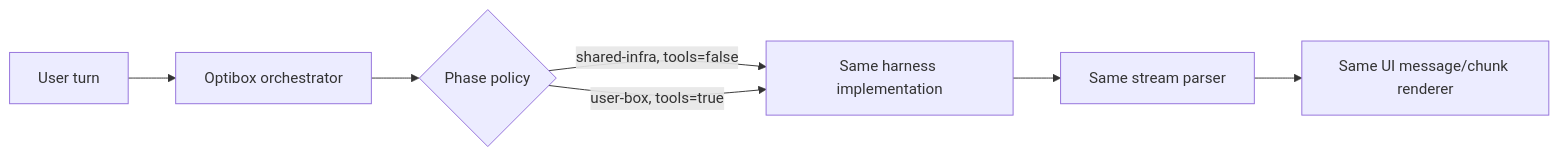
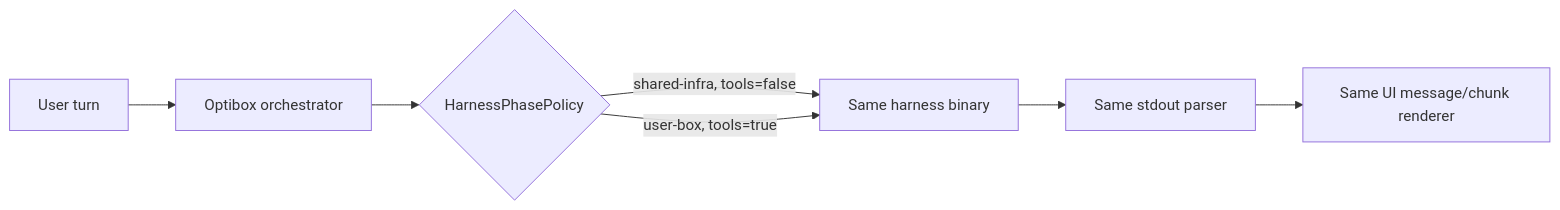
Before and after one commit to ariana-dot-dev/optibox: the first of 2 diagrams in docs/shared-vs-box-harness-gap-report.md, drawn with Mermaid. The commit also changed other lines of this file and 16 other files, not shown here.

First line of the commit message:
Remove provider fallback; run the same harness on shared infra

````diff
--- a/docs/shared-vs-box-harness-gap-report.md
+++ b/docs/shared-vs-box-harness-gap-report.md
@@ -18,9 +19,9 @@
 ```mermaid
 flowchart LR
     U[User turn] --> O[Optibox orchestrator]
-    O --> P{Phase policy}
-    P -->|shared-infra, tools=false| H[Same harness implementation]
+    O --> P{HarnessPhasePolicy}
+    P -->|shared-infra, tools=false| H[Same harness binary]
     P -->|user-box, tools=true| H
-    H --> S[Same stream parser]
+    H --> S[Same stdout parser]
     S --> UI[Same UI message/chunk renderer]
 ```
````
